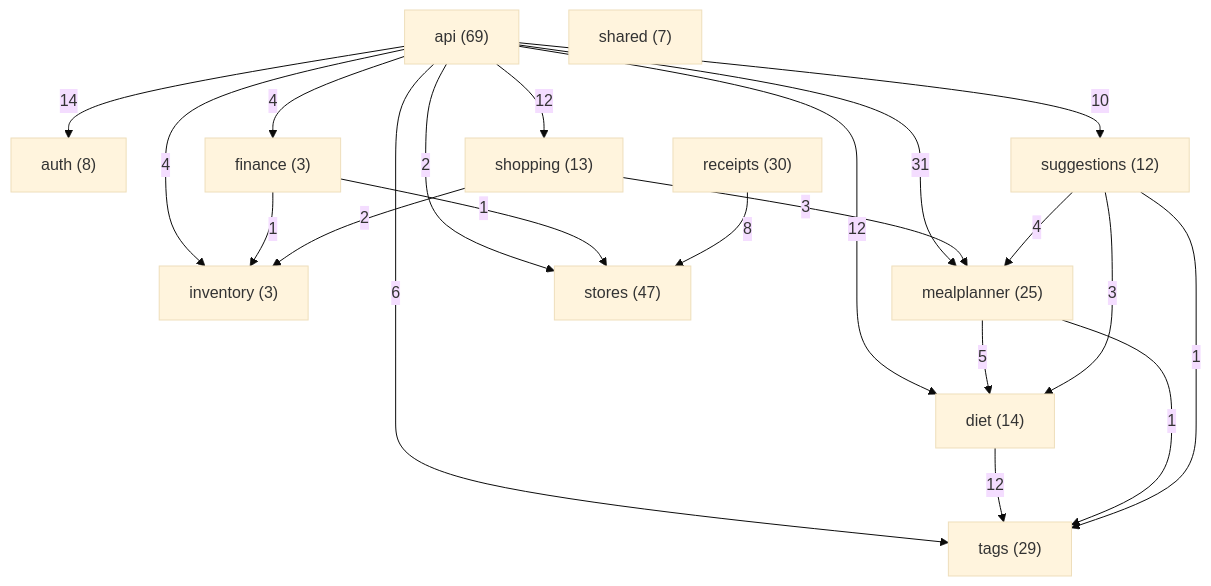
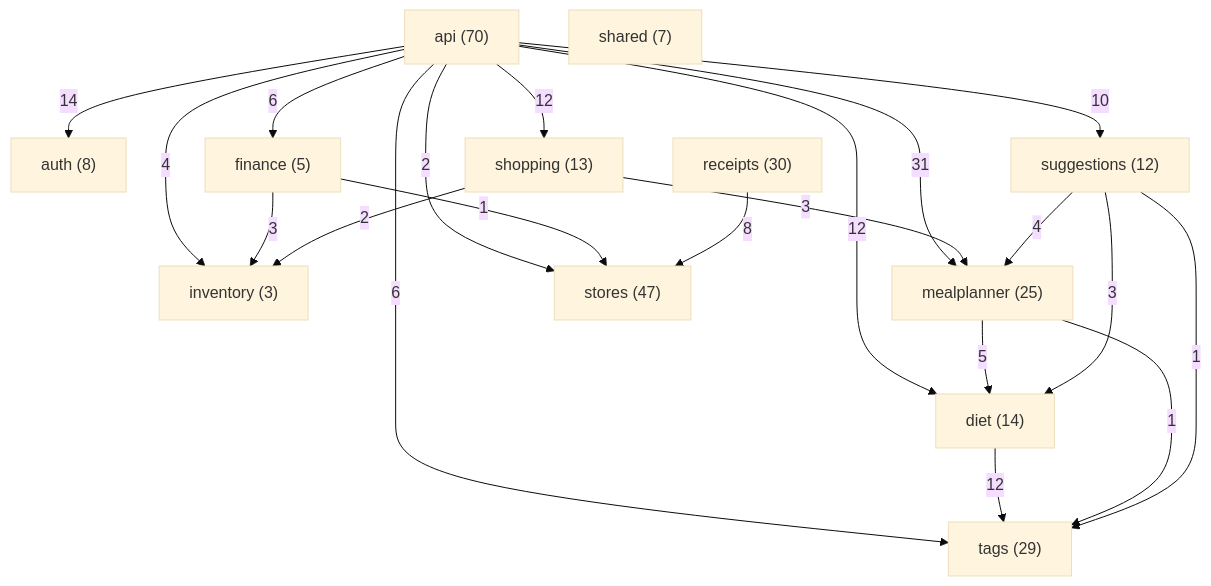
The diagram in docs/classes/README.md (Nate-ryan-7690/dahaem), drawn with Mermaid (base theme) before and after one commit. The commit also changed other lines of this file and 5 other files, not shown here.

````diff
--- a/docs/classes/README.md
+++ b/docs/classes/README.md
@@ -9,35 +9,35 @@
 ```mermaid
 flowchart TD
-    api["api (69)"]
+    api["api (70)"]
     auth["auth (8)"]
     diet["diet (14)"]
-    finance["finance (3)"]
+    finance["finance (5)"]
     inventory["inventory (3)"]
     mealplanner["mealplanner (25)"]
     receipts["receipts (30)"]
     shared["shared (7)"]
     shopping["shopping (13)"]
     stores["stores (47)"]
     suggestions["suggestions (12)"]
     tags["tags (29)"]
     api -->|14| auth
     api -->|12| diet
-    api -->|4| finance
+    api -->|6| finance
     api -->|4| inventory
     api -->|31| mealplanner
     api -->|12| shopping
     api -->|2| stores
     api -->|10| suggestions
     api -->|6| tags
     diet -->|12| tags
-    finance -->|1| inventory
+    finance -->|3| inventory
     finance -->|1| stores
     mealplanner -->|5| diet
     mealplanner -->|1| tags
     receipts -->|8| stores
     shopping -->|2| inventory
     shopping -->|3| mealplanner
     suggestions -->|3| diet
     suggestions -->|4| mealplanner
     suggestions -->|1| tags
 ```
````
